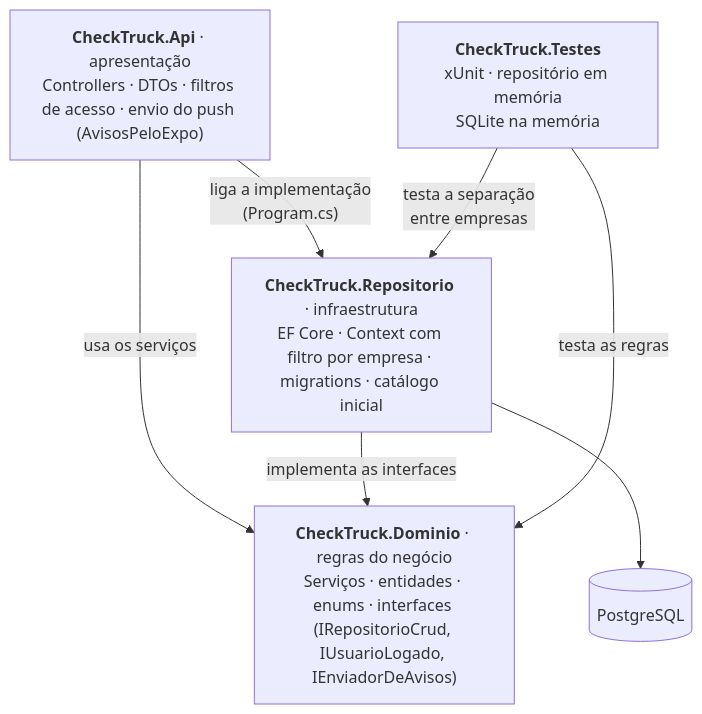
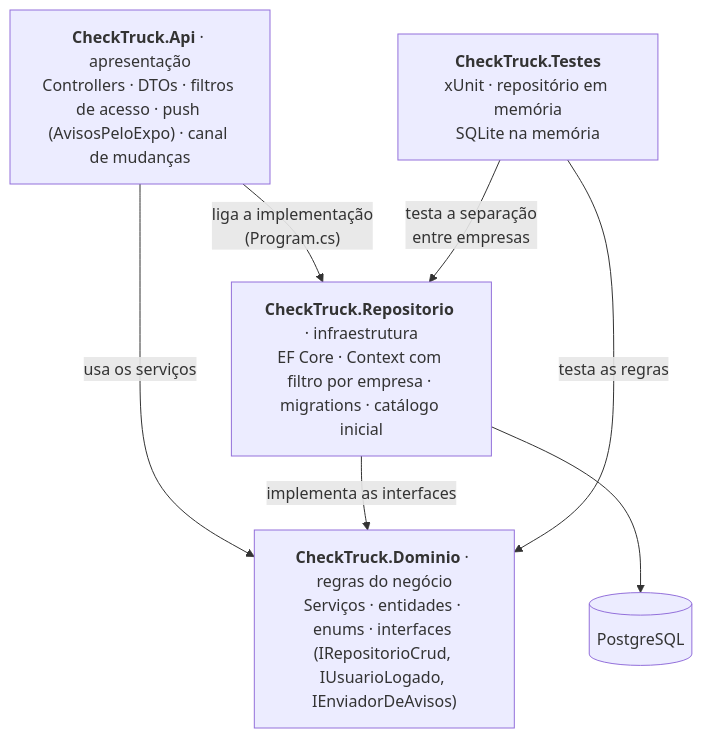
Before and after one commit to LeandroPoletti/CheckTruck: the third of 4 diagrams in docs/arquitetura.md, drawn with Mermaid. The commit also changed other lines of this file and 51 other files, not shown here.

````diff
--- a/docs/arquitetura.md
+++ b/docs/arquitetura.md
@@ -66,15 +69,15 @@
 ```mermaid
 flowchart TB
-    api["<b>CheckTruck.Api</b> · apresentação<br/>Controllers · DTOs · filtros de acesso · envio do push (AvisosPeloExpo)"]
+    api["<b>CheckTruck.Api</b> · apresentação<br/>Controllers · DTOs · filtros de acesso · push (AvisosPeloExpo) · canal de mudanças"]
     dom["<b>CheckTruck.Dominio</b> · regras do negócio<br/>Serviços · entidades · enums · interfaces (IRepositorioCrud, IUsuarioLogado, IEnviadorDeAvisos)"]
     repo["<b>CheckTruck.Repositorio</b> · infraestrutura<br/>EF Core · Context com filtro por empresa · migrations · catálogo inicial"]
     db[("PostgreSQL")]
     testes["<b>CheckTruck.Testes</b><br/>xUnit · repositório em memória<br/>SQLite na memória"]
 
     api -- "usa os serviços" --> dom
     api -- "liga a implementação<br/>(Program.cs)" --> repo
     repo -- "implementa as interfaces" --> dom
     repo --> db
     testes -- "testa as regras" --> dom
     testes -- "testa a separação<br/>entre empresas" --> repo
 ```
````
